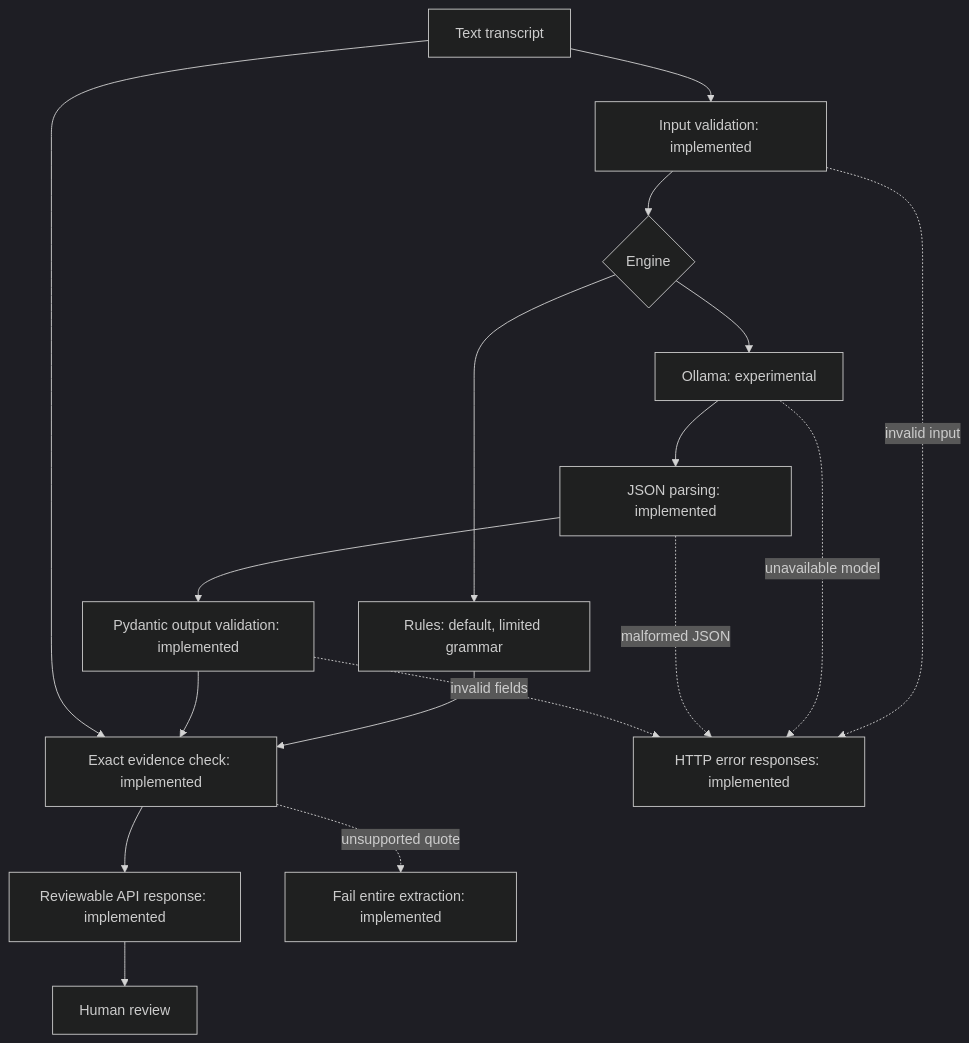
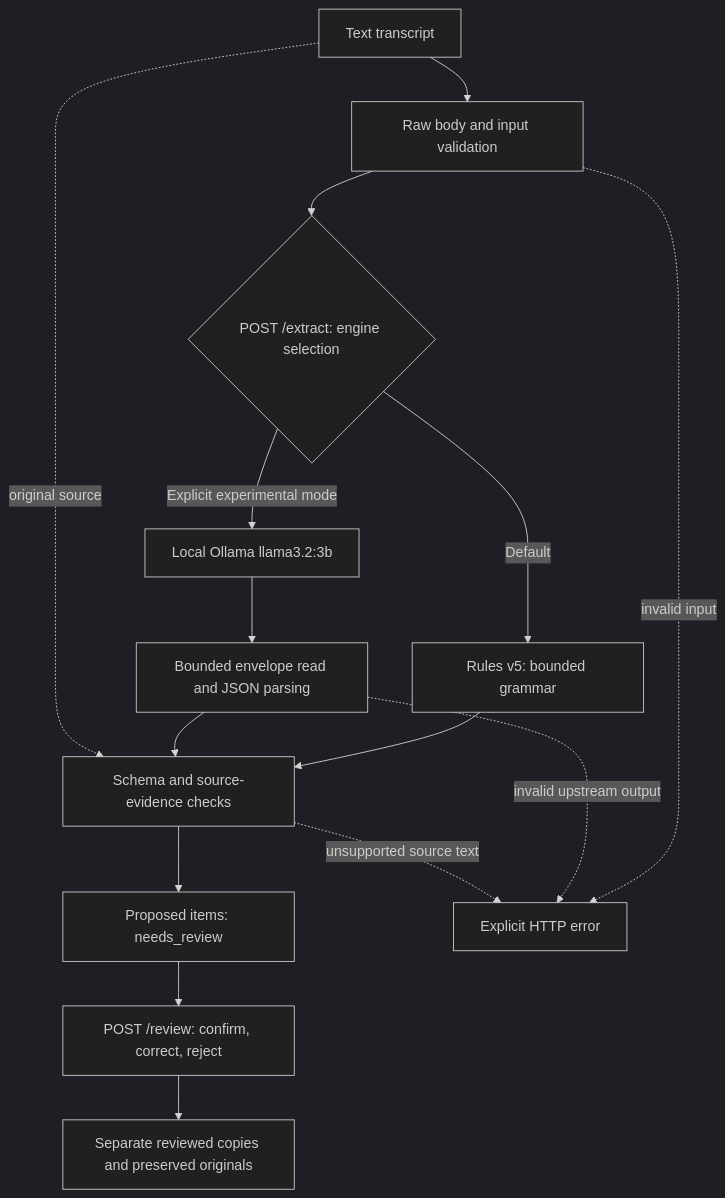
Before and after one commit to AbhinavS-30/ActionGraph: the first of 2 diagrams in README.md, drawn with Mermaid (dark theme). The commit also changed other lines of this file and 3 other files, not shown here.

Commit message:
Refresh portfolio README with architecture diagrams and demo guide

````diff
--- a/README.md
+++ b/README.md
@@ -17,19 +38,17 @@
 ```mermaid
 flowchart TD
-    A[Text transcript] --> B[Input validation: implemented]
-    B --> R{Engine}
-    R --> Q[Rules: default, limited grammar]
-    R --> C[Ollama: experimental]
-    Q --> F
-    C --> D[JSON parsing: implemented]
-    D --> E[Pydantic output validation: implemented]
-    E --> F[Exact evidence check: implemented]
-    A --> F
-    F --> G[Reviewable API response: implemented]
-    G --> H[Human review]
-    B -. invalid input .-> X[HTTP error responses: implemented]
-    C -. unavailable model .-> X
-    D -. malformed JSON .-> X
-    E -. invalid fields .-> X
-    F -. unsupported quote .-> Y[Fail entire extraction: implemented]
+    T[Text transcript] --> I[Raw body and input validation]
+    I --> E{POST /extract: engine selection}
+    E -->|Default| R[Rules v5: bounded grammar]
+    E -->|Explicit experimental mode| O[Local Ollama llama3.2:3b]
+    O --> P[Bounded envelope read and JSON parsing]
+    R --> V[Schema and source-evidence checks]
+    P --> V
+    T -. original source .-> V
+    V --> A[Proposed items: needs_review]
+    A --> H[POST /review: confirm, correct, reject]
+    H --> C[Separate reviewed copies and preserved originals]
+    I -. invalid input .-> X[Explicit HTTP error]
+    P -. invalid upstream output .-> X
+    V -. unsupported source text .-> X
 ```
````
